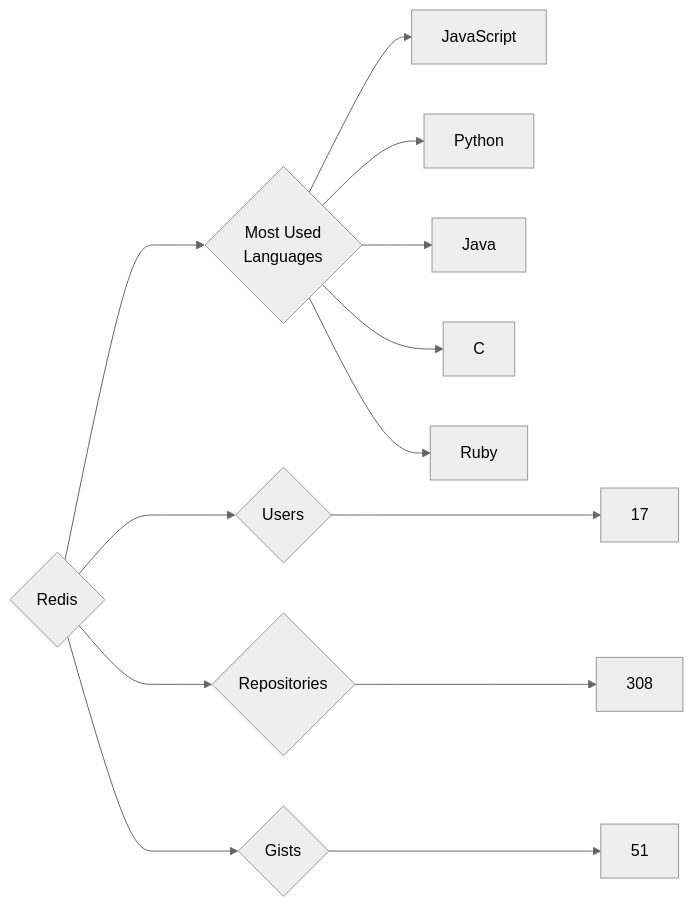
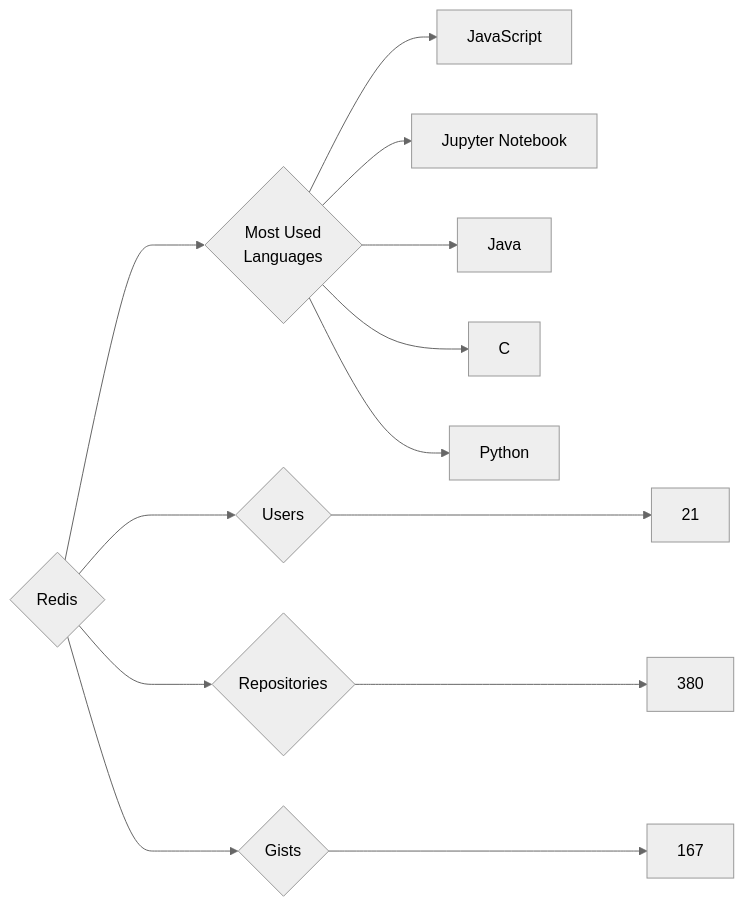
The diagram in targets/Redis/README.md (trickest/insiders), drawn with Mermaid (neutral theme) before and after one commit. The commit also changed 839 other files, not shown here.

````diff
--- a/targets/Redis/README.md
+++ b/targets/Redis/README.md
@@ -3,13 +3,13 @@
 ```mermaid
 graph LR
 COMPANY_NAME{Redis}
-COMPANY_NAME ---> U{Users} ---> UN[17]
-COMPANY_NAME ---> R{Repositories} ---> RN[308]
-COMPANY_NAME ---> G{Gists} ---> GN[51]
+COMPANY_NAME ---> U{Users} ---> UN[21]
+COMPANY_NAME ---> R{Repositories} ---> RN[380]
+COMPANY_NAME ---> G{Gists} ---> GN[167]
 COMPANY_NAME ---> ML{Most Used<br>Languages}
 ML --> JavaScript[JavaScript]
-ML --> Python[Python]
+ML --> Jupyter_Notebook[Jupyter Notebook]
 ML --> Java[Java]
 ML --> C[C]
-ML --> Ruby[Ruby]
+ML --> Python[Python]
 ```
````
